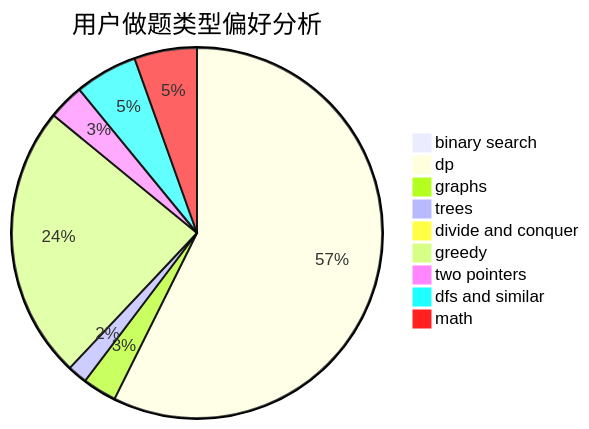
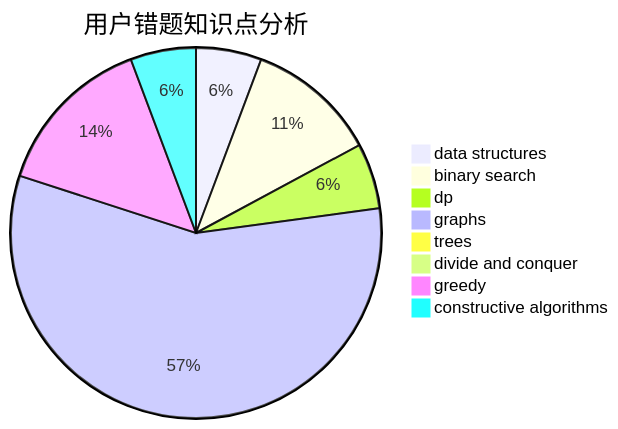
One commit to sherpahu/cfrs.github.io changed the third of 3 diagrams in docs/user/u1429.md. Above: the diagram before and after it, drawn with Mermaid. The commit also changed other lines of this file and 2775 other files, not shown here.

````diff
--- a/docs/user/u1429.md
+++ b/docs/user/u1429.md
@@ -23,12 +36,11 @@
 ```mermaid
-pie title 用户做题类型偏好分析
+pie title 用户错题知识点分析
+    "data structures" :  2
     "binary search" :  4
-    "dp" :  367
-    "graphs" :  19
-    "trees" :  11
-    "divide and conquer" :  5
-    "greedy" :  153
-    "two pointers" :  20
-    "dfs and similar" :  35
-    "math" :  35
+    "dp" :  2
+    "graphs" :  20
+    "trees" :  0
+    "divide and conquer" :  0
+    "greedy" :  5
+    "constructive algorithms" :  2
 ```
````
